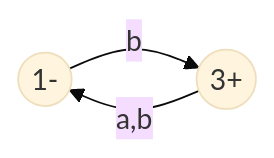
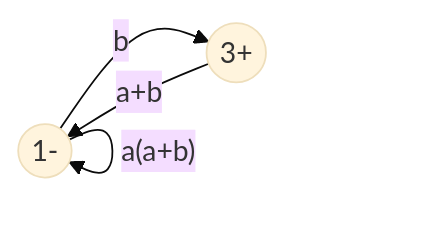
Diagram 13 of 16 in scratch/fas.md (ufidon/ct), drawn with Mermaid (base theme) before and after one commit. The commit also changed other lines of this file and 3 other files, not shown here.

````diff
--- a/scratch/fas.md
+++ b/scratch/fas.md
@@ -196,7 +197,8 @@
 ```mermaid
 flowchart LR
   q1(("1-"))
   q3(("3+"))
   q1-->|b|q3
-  q3-->|"a,b"|q1
+  q1-->|"a(a+b)"|q1
+  q3-->|"a+b"|q1
 ```
````
